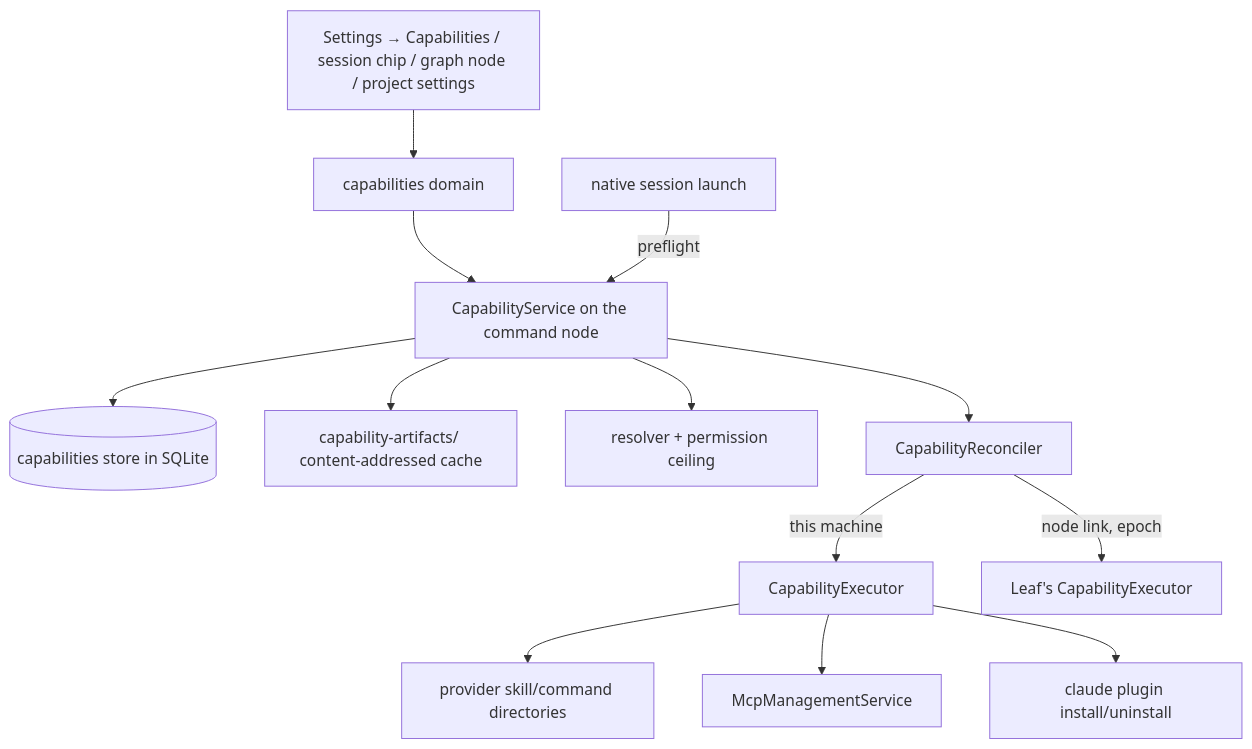
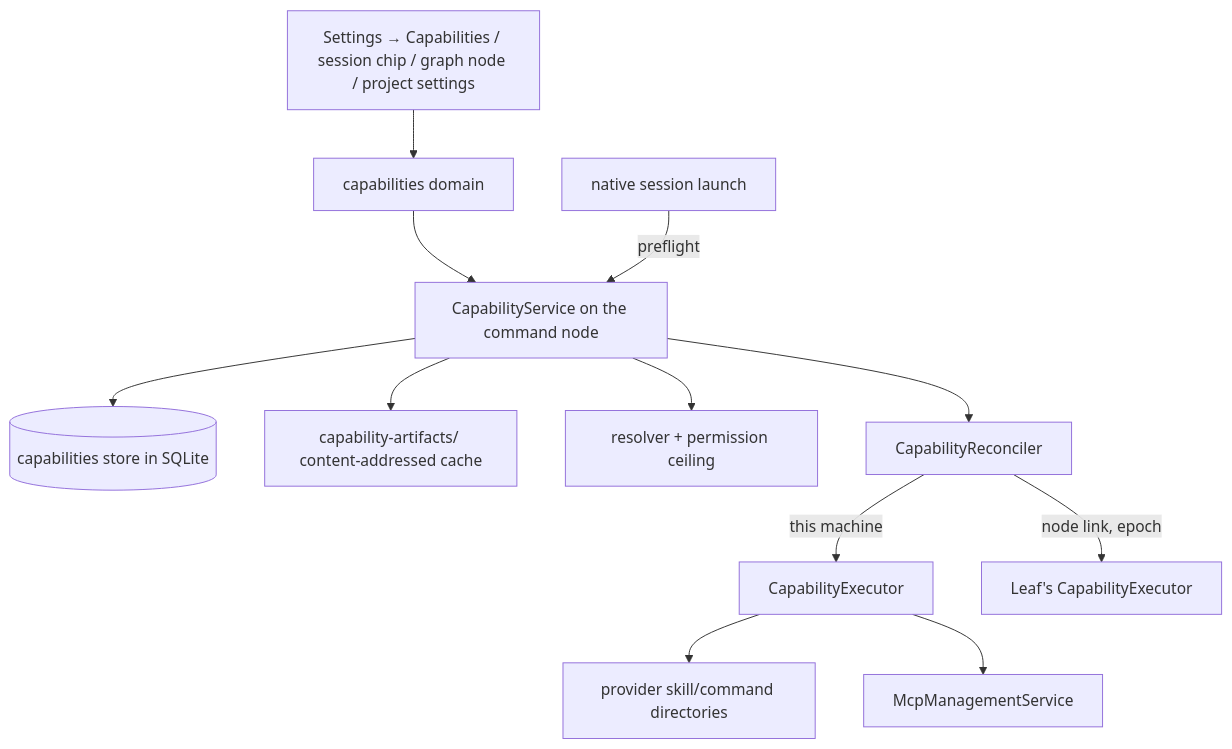
The diagram in docs/architecture/agent-capabilities-management.md (orkestrator-ai/orkestrator-v2), drawn with Mermaid before and after one commit. The commit also changed other lines of this file and 36 other files, not shown here.

````diff
--- a/docs/architecture/agent-capabilities-management.md
+++ b/docs/architecture/agent-capabilities-management.md
@@ -37,15 +37,14 @@
 ```mermaid
 flowchart TB
   UI[Settings → Capabilities / session chip / graph node / project settings] --> API[capabilities domain]
   API --> SVC[CapabilityService on the command node]
   SVC --> DB[(capabilities store in SQLite)]
   SVC --> CAS[capability-artifacts/ content-addressed cache]
   SVC --> RES[resolver + permission ceiling]
   SVC --> REC[CapabilityReconciler]
   REC -->|this machine| EXE[CapabilityExecutor]
   REC -->|node link, epoch| LEAF[Leaf's CapabilityExecutor]
   EXE --> FILES[provider skill/command directories]
   EXE --> MCP[McpManagementService]
-  EXE --> CLI[claude plugin install/uninstall]
   LAUNCH[native session launch] -->|preflight| SVC
 ```
````
